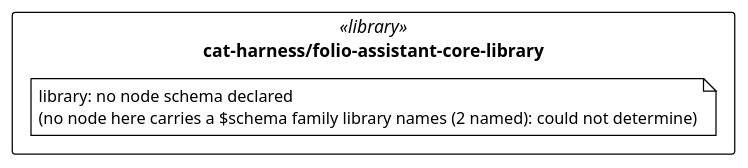
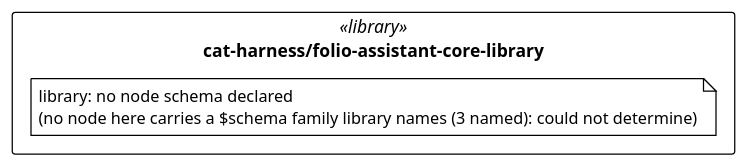
One commit to litlfred/folio-assistant changed the diagram in cat-harness/uml/overview/cat-harness/folio-assistant-core-library.puml. Above: the diagram before and after it, drawn with PlantUML. The commit also changed 133 other files, not shown here.

```diff
--- a/cat-harness/uml/overview/cat-harness/folio-assistant-core-library.puml
+++ b/cat-harness/uml/overview/cat-harness/folio-assistant-core-library.puml
@@ -3,13 +3,13 @@
 @startuml cat_harness_folio_assistant_core_library
 !pragma layout elk
 !theme plain
 skinparam classAttributeIconSize 0
 skinparam shadowing false
 skinparam packageStyle rectangle
 hide empty methods
 
 package "cat-harness/folio-assistant-core-library" as pkg_cat_harness_folio_assistant_core_library <<library>> {
-  note "library: no node schema declared\n(no node here carries a $schema family library names (2 named): could not determine)" as n_cat_harness_folio_assistant_core_library_library
+  note "library: no node schema declared\n(no node here carries a $schema family library names (3 named): could not determine)" as n_cat_harness_folio_assistant_core_library_library
 }
 
 @enduml
```
